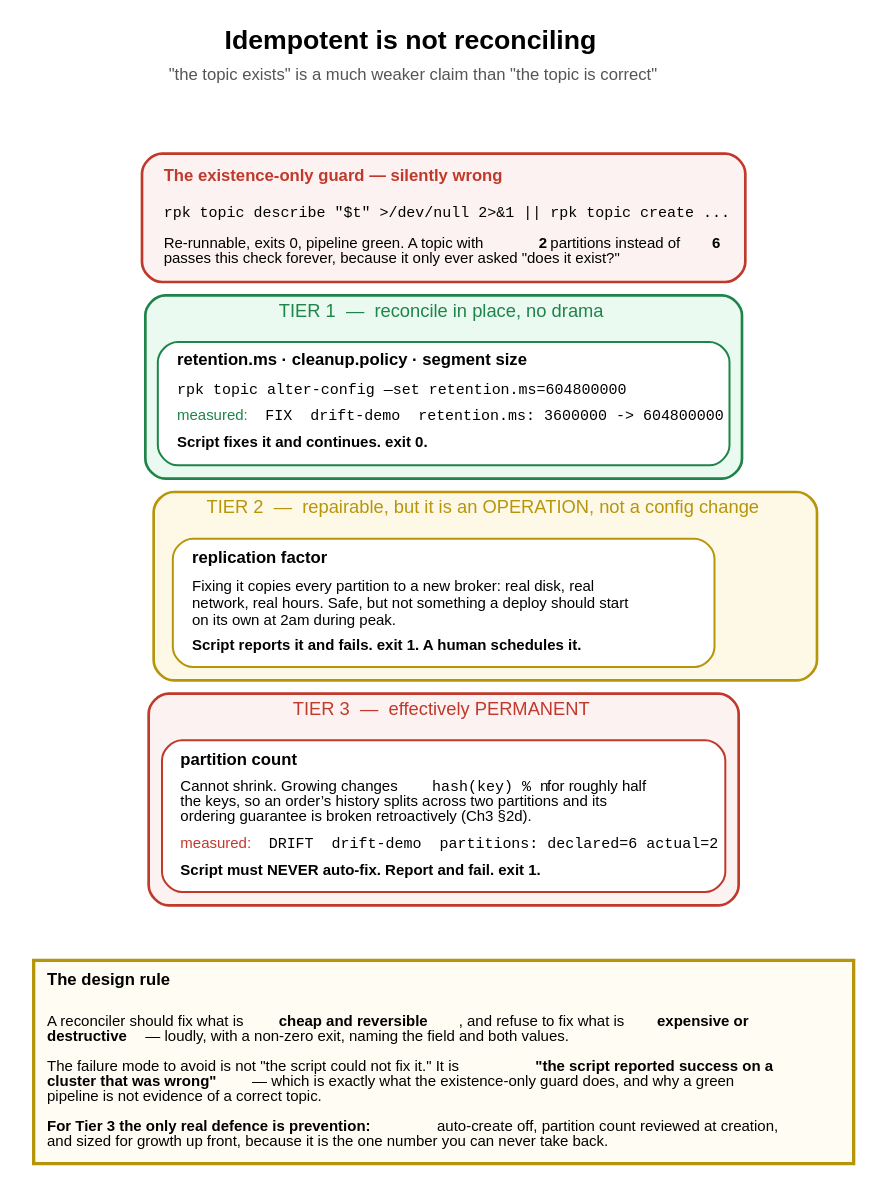
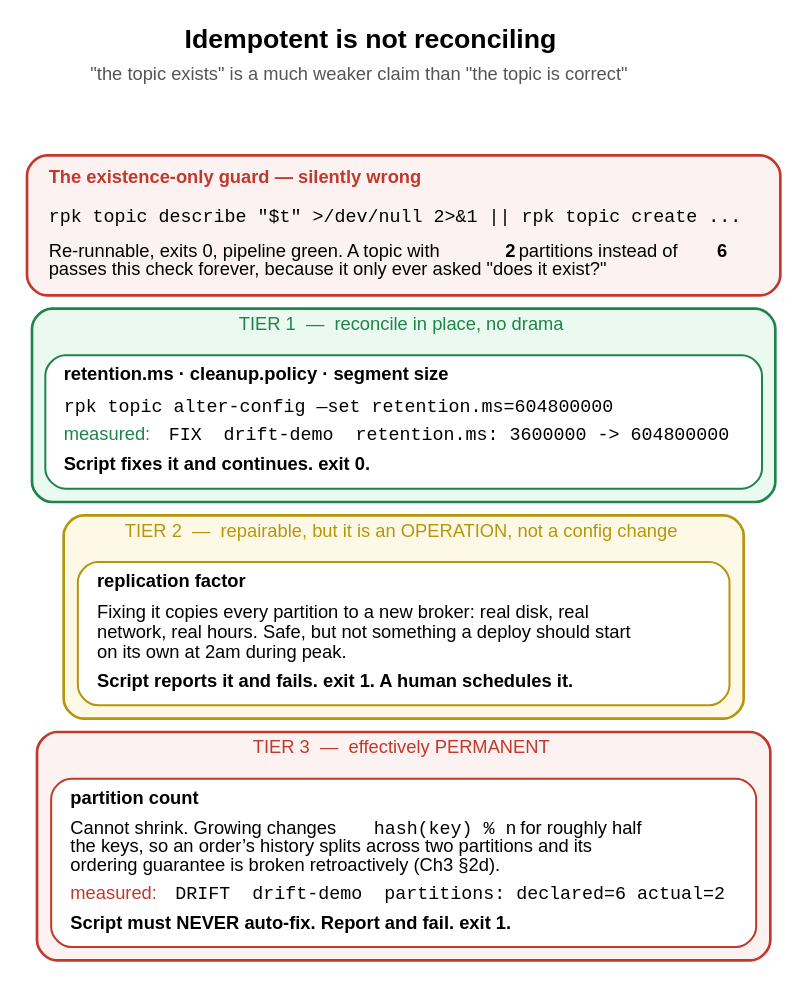
Before and after one commit to fiberoptix/home-lab-setup: the diagram in education/diagrams/ch04_fig3_drift_tiers.dot, drawn with Graphviz. The commit also changed 85 other files, not shown here.

```diff
--- a/education/diagrams/ch04_fig3_drift_tiers.dot
+++ b/education/diagrams/ch04_fig3_drift_tiers.dot
@@ -1,81 +1,74 @@
 // Chapter 4, Figure 3 — three tiers of topic drift, sorted by whether a
 // pipeline can safely repair them. All four behaviours captured live on
 // 3 Aug 2026 against a throwaway `drift-demo` topic.
 //
 // Render:
 //   dot -Tpng -Gdpi=150 ch04_fig3_drift_tiers.dot -o ../images/ch04_fig3_drift_tiers.png
 
 digraph drift_tiers {
   rankdir=TB;
   bgcolor="white";
-  node  [fontname="Helvetica", fontsize=10, shape=box, style="filled,rounded", penwidth=1.2];
-  edge  [fontname="Helvetica", fontsize=9];
+  node  [fontname="Helvetica", fontsize=11, shape=box, style="filled,rounded", penwidth=1.2];
+  edge  [fontname="Helvetica", fontsize=11];
   graph [fontname="Helvetica", fontsize=11];
 
   title [shape=plaintext, style="", fillcolor="none", label=<
     <TABLE BORDER="0" CELLBORDER="0" CELLSPACING="0">
       <TR><TD><FONT POINT-SIZE="16"><B>Idempotent is not reconciling</B></FONT></TD></TR>
-      <TR><TD><FONT POINT-SIZE="10" COLOR="#555555">"the topic exists" is a much weaker claim than "the topic is correct"</FONT></TD></TR>
+      <TR><TD><FONT POINT-SIZE="11" COLOR="#555555">"the topic exists" is a much weaker claim than "the topic is correct"</FONT></TD></TR>
     </TABLE>>];
 
   naive [fillcolor="#fdf2f2", color="#c0392b", penwidth=1.6, label=<
     <TABLE BORDER="0" CELLBORDER="0" CELLSPACING="0" CELLPADDING="5">
       <TR><TD ALIGN="LEFT" BALIGN="LEFT"><FONT COLOR="#c0392b"><B>The existence-only guard &#8212; silently wrong</B></FONT></TD></TR>
-      <TR><TD ALIGN="LEFT" BALIGN="LEFT"><FONT FACE="Courier" POINT-SIZE="9">rpk topic describe "$t" &gt;/dev/null 2&gt;&amp;1 || rpk topic create ...</FONT></TD></TR>
-      <TR><TD ALIGN="LEFT" BALIGN="LEFT"><FONT POINT-SIZE="9">Re-runnable, exits 0, pipeline green. A topic with <B>2</B> partitions instead of <B>6</B><BR/>passes this check forever, because it only ever asked "does it exist?"</FONT></TD></TR>
+      <TR><TD ALIGN="LEFT" BALIGN="LEFT"><FONT FACE="Courier" POINT-SIZE="11">rpk topic describe "$t" &gt;/dev/null 2&gt;&amp;1 || rpk topic create ...</FONT></TD></TR>
+      <TR><TD ALIGN="LEFT" BALIGN="LEFT"><FONT POINT-SIZE="11">Re-runnable, exits 0, pipeline green. A topic with <B>2</B> partitions instead of <B>6</B><BR/>passes this check forever, because it only ever asked "does it exist?"</FONT></TD></TR>
     </TABLE>>];
 
   // ---------------------------------------------------------- TIER 1
   subgraph cluster_t1 {
     label="  TIER 1  —  reconcile in place, no drama  ";
     style="filled,rounded"; fillcolor="#eafaf1"; color="#1e8449"; fontcolor="#1e8449"; penwidth=1.6;
 
     t1 [fillcolor="#ffffff", color="#1e8449", label=<
       <TABLE BORDER="0" CELLBORDER="0" CELLSPACING="0" CELLPADDING="3">
         <TR><TD ALIGN="LEFT" BALIGN="LEFT"><B>retention.ms &#183; cleanup.policy &#183; segment size</B></TD></TR>
-        <TR><TD ALIGN="LEFT" BALIGN="LEFT"><FONT FACE="Courier" POINT-SIZE="9">rpk topic alter-config &#8212;set retention.ms=604800000</FONT></TD></TR>
-        <TR><TD ALIGN="LEFT" BALIGN="LEFT"><FONT POINT-SIZE="9" COLOR="#1e8449">measured:</FONT> <FONT FACE="Courier" POINT-SIZE="9">FIX  drift-demo  retention.ms: 3600000 -&gt; 604800000</FONT></TD></TR>
-        <TR><TD ALIGN="LEFT" BALIGN="LEFT"><FONT POINT-SIZE="9"><B>Script fixes it and continues. exit 0.</B></FONT></TD></TR>
+        <TR><TD ALIGN="LEFT" BALIGN="LEFT"><FONT FACE="Courier" POINT-SIZE="11">rpk topic alter-config &#8212;set retention.ms=604800000</FONT></TD></TR>
+        <TR><TD ALIGN="LEFT" BALIGN="LEFT"><FONT POINT-SIZE="11" COLOR="#1e8449">measured:</FONT> <FONT FACE="Courier" POINT-SIZE="11">FIX  drift-demo  retention.ms: 3600000 -&gt; 604800000</FONT></TD></TR>
+        <TR><TD ALIGN="LEFT" BALIGN="LEFT"><FONT POINT-SIZE="11"><B>Script fixes it and continues. exit 0.</B></FONT></TD></TR>
       </TABLE>>];
   }
 
   // ---------------------------------------------------------- TIER 2
   subgraph cluster_t2 {
     label="  TIER 2  —  repairable, but it is an OPERATION, not a config change  ";
     style="filled,rounded"; fillcolor="#fef9e7"; color="#b7950b"; fontcolor="#b7950b"; penwidth=1.6;
 
     t2 [fillcolor="#ffffff", color="#b7950b", label=<
       <TABLE BORDER="0" CELLBORDER="0" CELLSPACING="0" CELLPADDING="3">
         <TR><TD ALIGN="LEFT" BALIGN="LEFT"><B>replication factor</B></TD></TR>
-        <TR><TD ALIGN="LEFT" BALIGN="LEFT"><FONT POINT-SIZE="9">Fixing it copies every partition to a new broker: real disk, real<BR/>network, real hours. Safe, but not something a deploy should start<BR/>on its own at 2am during peak.</FONT></TD></TR>
-        <TR><TD ALIGN="LEFT" BALIGN="LEFT"><FONT POINT-SIZE="9"><B>Script reports it and fails. exit 1. A human schedules it.</B></FONT></TD></TR>
+        <TR><TD ALIGN="LEFT" BALIGN="LEFT"><FONT POINT-SIZE="11">Fixing it copies every partition to a new broker: real disk, real<BR/>network, real hours. Safe, but not something a deploy should start<BR/>on its own at 2am during peak.</FONT></TD></TR>
+        <TR><TD ALIGN="LEFT" BALIGN="LEFT"><FONT POINT-SIZE="11"><B>Script reports it and fails. exit 1. A human schedules it.</B></FONT></TD></TR>
       </TABLE>>];
   }
 
   // ---------------------------------------------------------- TIER 3
   subgraph cluster_t3 {
     label="  TIER 3  —  effectively PERMANENT  ";
     style="filled,rounded"; fillcolor="#fdf2f2"; color="#c0392b"; fontcolor="#c0392b"; penwidth=1.6;
 
     t3 [fillcolor="#ffffff", color="#c0392b", label=<
       <TABLE BORDER="0" CELLBORDER="0" CELLSPACING="0" CELLPADDING="3">
         <TR><TD ALIGN="LEFT" BALIGN="LEFT"><B>partition count</B></TD></TR>
-        <TR><TD ALIGN="LEFT" BALIGN="LEFT"><FONT POINT-SIZE="9">Cannot shrink. Growing changes <FONT FACE="Courier">hash(key) % n</FONT> for roughly half<BR/>the keys, so an order&#8217;s history splits across two partitions and its<BR/>ordering guarantee is broken retroactively (Ch3 &#167;2d).</FONT></TD></TR>
-        <TR><TD ALIGN="LEFT" BALIGN="LEFT"><FONT POINT-SIZE="9" COLOR="#c0392b">measured:</FONT> <FONT FACE="Courier" POINT-SIZE="9">DRIFT  drift-demo  partitions: declared=6 actual=2</FONT></TD></TR>
-        <TR><TD ALIGN="LEFT" BALIGN="LEFT"><FONT POINT-SIZE="9"><B>Script must NEVER auto-fix. Report and fail. exit 1.</B></FONT></TD></TR>
+        <TR><TD ALIGN="LEFT" BALIGN="LEFT"><FONT POINT-SIZE="11">Cannot shrink. Growing changes <FONT FACE="Courier">hash(key) % n</FONT> for roughly half<BR/>the keys, so an order&#8217;s history splits across two partitions and its<BR/>ordering guarantee is broken retroactively (Ch3 &#167;2d).</FONT></TD></TR>
+        <TR><TD ALIGN="LEFT" BALIGN="LEFT"><FONT POINT-SIZE="11" COLOR="#c0392b">measured:</FONT> <FONT FACE="Courier" POINT-SIZE="11">DRIFT  drift-demo  partitions: declared=6 actual=2</FONT></TD></TR>
+        <TR><TD ALIGN="LEFT" BALIGN="LEFT"><FONT POINT-SIZE="11"><B>Script must NEVER auto-fix. Report and fail. exit 1.</B></FONT></TD></TR>
       </TABLE>>];
   }
 
   naive -> t1 [style=invis];
   t1 -> t2 [style=invis];
   t2 -> t3 [style=invis];
 
-  rule [shape=plaintext, style="", fillcolor="none", label=<
-    <TABLE BORDER="2" CELLBORDER="0" CELLSPACING="0" CELLPADDING="7" COLOR="#b7950b" BGCOLOR="#fffdf3">
-      <TR><TD ALIGN="LEFT" BALIGN="LEFT"><B>The design rule</B></TD></TR>
-      <TR><TD ALIGN="LEFT" BALIGN="LEFT"><FONT POINT-SIZE="9">A reconciler should fix what is <B>cheap and reversible</B>, and refuse to fix what is <B>expensive or<BR/>destructive</B> &#8212; loudly, with a non-zero exit, naming the field and both values.<BR/><BR/>The failure mode to avoid is not "the script could not fix it." It is <B>"the script reported success on a<BR/>cluster that was wrong"</B> &#8212; which is exactly what the existence-only guard does, and why a green<BR/>pipeline is not evidence of a correct topic.<BR/><BR/><B>For Tier 3 the only real defence is prevention:</B> auto-create off, partition count reviewed at creation,<BR/>and sized for growth up front, because it is the one number you can never take back.</FONT></TD></TR>
-    </TABLE>>];
-
-  t3 -> rule [style=invis];
   title -> naive [style=invis];
 }
```
